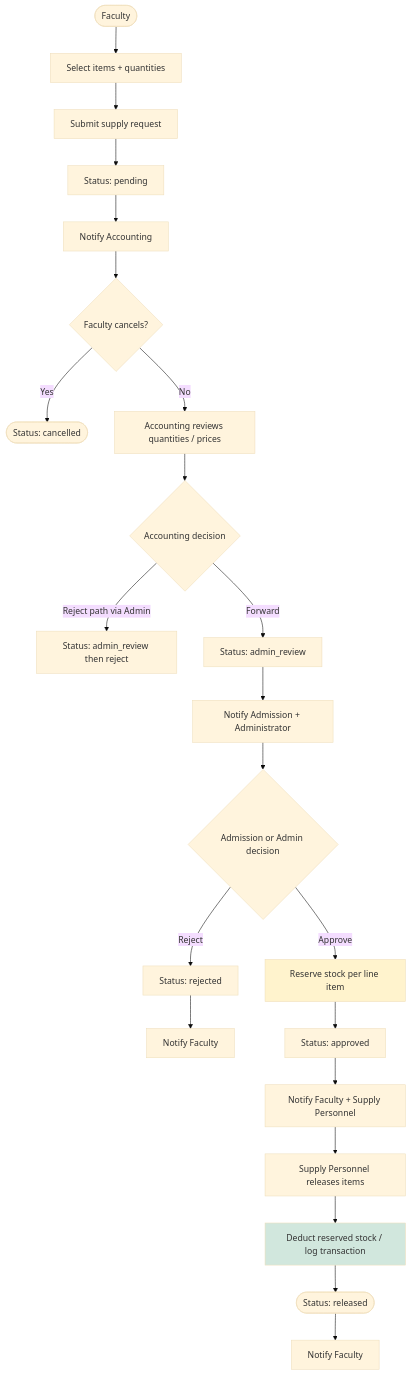
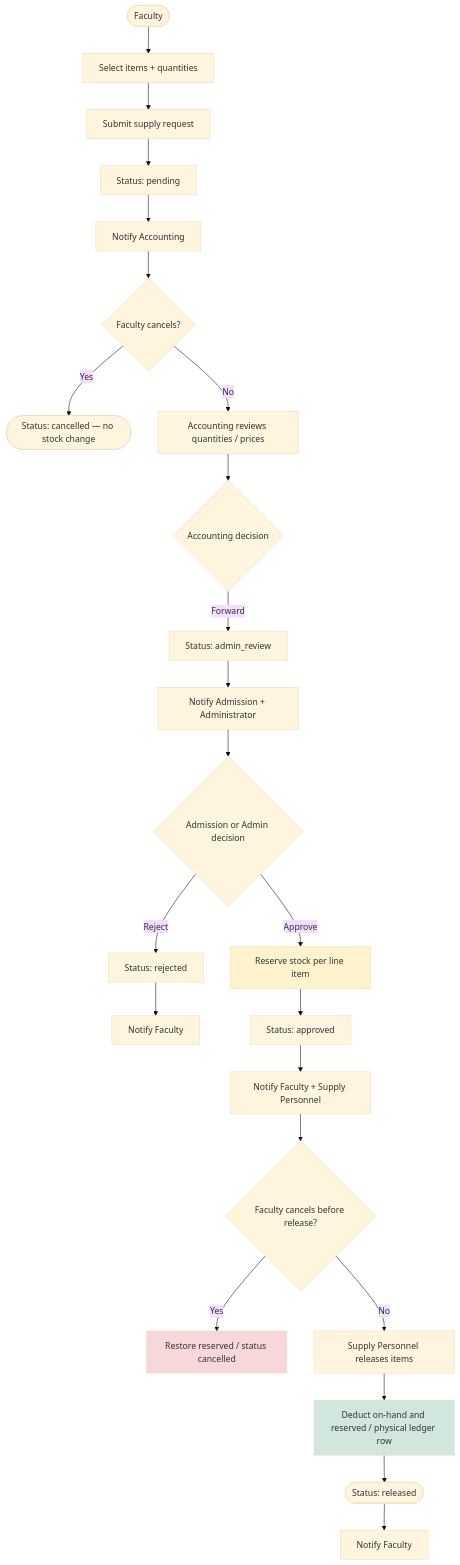
The second of 9 diagrams in docs/FLOWCHART.md (rhems95/PECIT-Smart-Inventory-System), drawn with Mermaid (base theme) before and after one commit. The commit also changed other lines of this file and 2 other files, not shown here.

First line of the commit message:
Update ER diagram and flowcharts for stock card and suppliers.

````diff
--- a/docs/FLOWCHART.md
+++ b/docs/FLOWCHART.md
@@ -48,27 +55,29 @@
 ```mermaid
 flowchart TD
     A([Faculty]) --> B[Select items + quantities]
     B --> C[Submit supply request]
     C --> D[Status: pending]
     D --> E[Notify Accounting]
     E --> F{Faculty cancels?}
-    F -->|Yes| G([Status: cancelled])
+    F -->|Yes| G([Status: cancelled — no stock change])
     F -->|No| H[Accounting reviews quantities / prices]
     H --> I{Accounting decision}
-    I -->|Reject path via Admin| J[Status: admin_review then reject]
     I -->|Forward| K[Status: admin_review]
     K --> L[Notify Admission + Administrator]
     L --> M{Admission or Admin decision}
     M -->|Reject| N[Status: rejected]
     N --> O[Notify Faculty]
     M -->|Approve| P[Reserve stock per line item]
     P --> Q[Status: approved]
     Q --> R[Notify Faculty + Supply Personnel]
-    R --> S[Supply Personnel releases items]
-    S --> T[Deduct reserved stock / log transaction]
-    T --> U([Status: released])
-    U --> V[Notify Faculty]
+    R --> S{Faculty cancels before release?}
+    S -->|Yes| T[Restore reserved / status cancelled]
+    S -->|No| U[Supply Personnel releases items]
+    U --> V[Deduct on-hand and reserved / physical ledger row]
+    V --> W([Status: released])
+    W --> X[Notify Faculty]
 
     style P fill:#fff3cd
-    style T fill:#d1e7dd
+    style T fill:#f8d7da
+    style V fill:#d1e7dd
 ```
````
